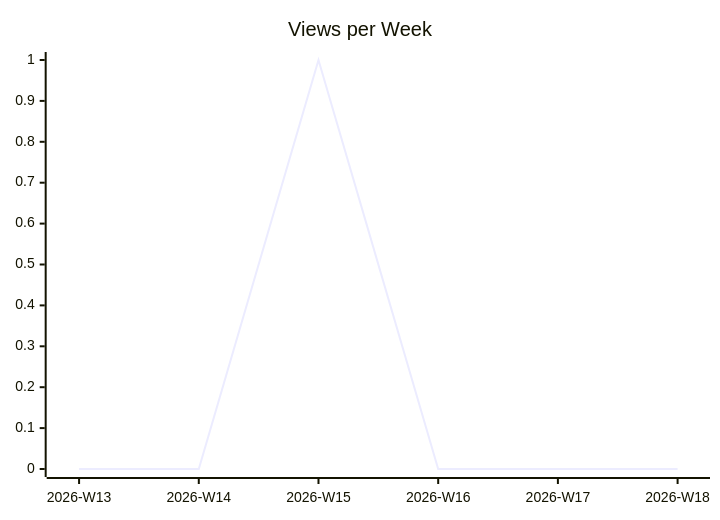
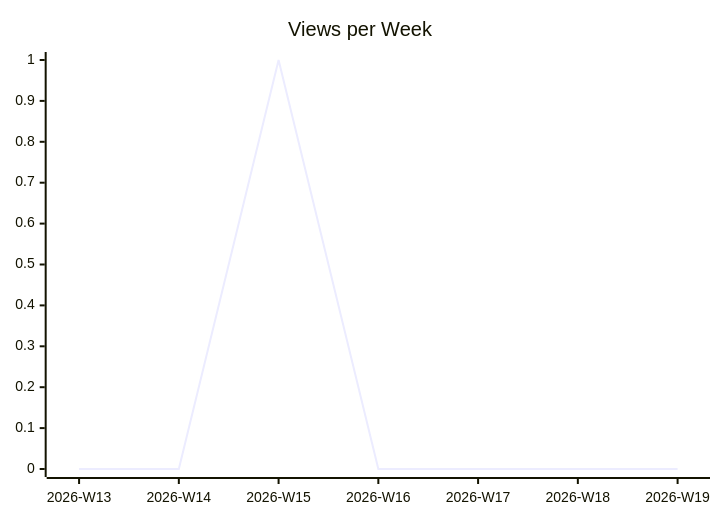
One commit to justdavis-family/github-analytics-data changed the second of 3 diagrams in karlmdavis/obsidian-operator/README.md. Above: the diagram before and after it, drawn with Mermaid. The commit also changed other lines of this file and 187 other files, not shown here.

````diff
--- a/karlmdavis/obsidian-operator/README.md
+++ b/karlmdavis/obsidian-operator/README.md
@@ -12,6 +12,6 @@
 ```mermaid
 xychart-beta
   title "Views per Week"
-  x-axis ["2026-W13", "2026-W14", "2026-W15", "2026-W16", "2026-W17", "2026-W18"]
-  line [0, 0, 1, 0, 0, 0]
+  x-axis ["2026-W13", "2026-W14", "2026-W15", "2026-W16", "2026-W17", "2026-W18", "2026-W19"]
+  line [0, 0, 1, 0, 0, 0, 0]
 ```
````
